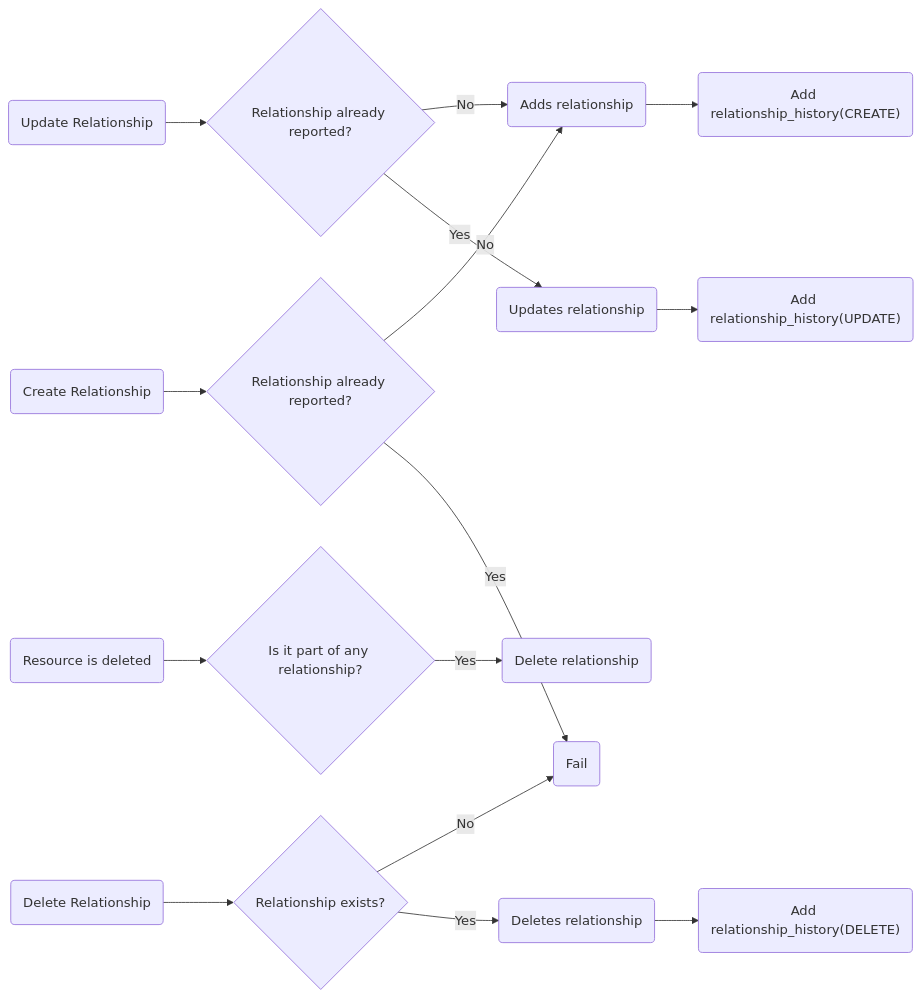
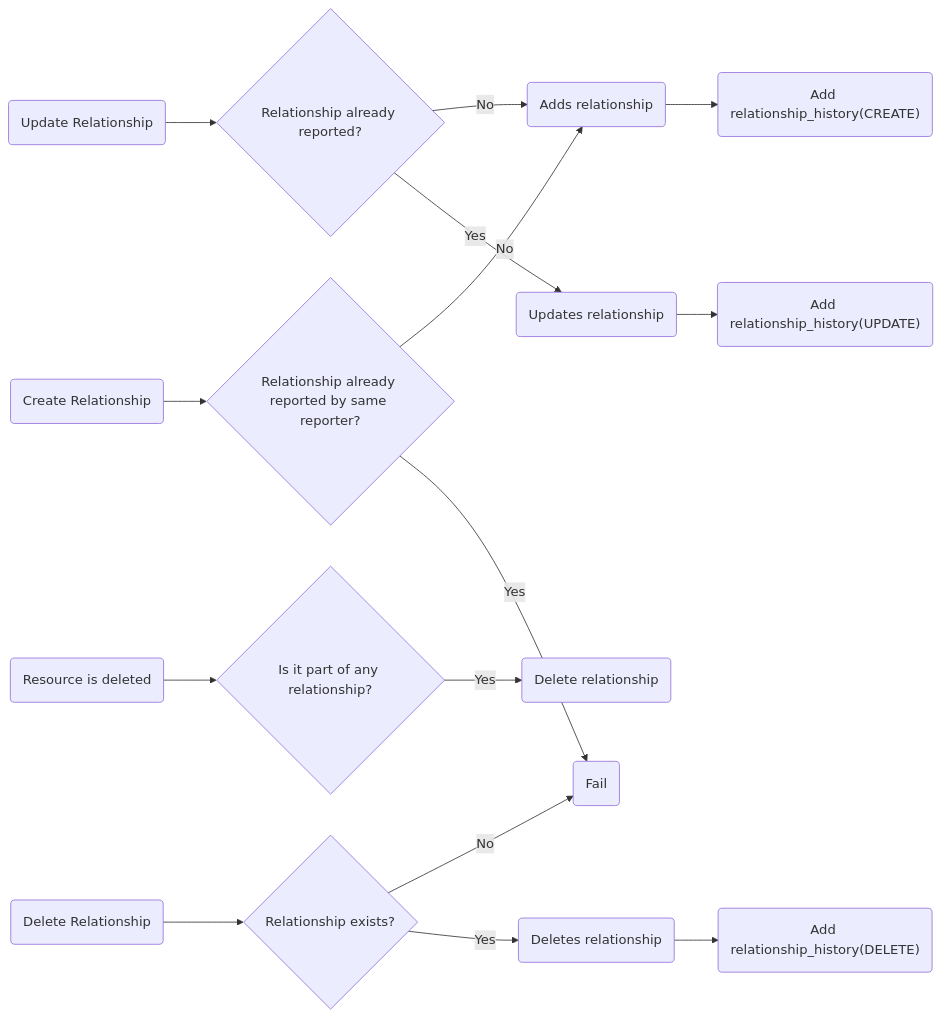
The third of 3 diagrams in src/content/docs/start-here/kessel-inventory.md (project-kessel/docs), drawn with Mermaid before and after one commit. The commit also changed other lines of this file, not shown here.

Commit message:
Update wording to consider reporter in the diagram

````diff
--- a/src/content/docs/start-here/kessel-inventory.md
+++ b/src/content/docs/start-here/kessel-inventory.md
@@ -192,40 +192,40 @@
 ```mermaid
 flowchart LR
 %% Nodes
     CreateRelationship("Create Relationship")
-    CreateRelationshipExists{"Relationship already reported?"}
+    CreateRelationshipExists{"Relationship already reported by same reporter?"}
     CreateRelationshipDo("Adds relationship")
     CreateRelationshipHistory("Add relationship_history(CREATE)")
 
     UpdateRelationship("Update Relationship")
     UpdateRelationshipExists{"Relationship already reported?"}
     UpdateRelationshipDo("Updates relationship")
     UpdateRelationshipHistory("Add relationship_history(UPDATE)")
 
     DeleteRelationship("Delete Relationship")
     DeleteRelationshipExists{"Relationship exists?"}
     DeleteCopyRelationshipDo("Deletes relationship")
     DeleteRelationshipHistory("Add relationship_history(DELETE)")
 
     ResourceIsDeleted("Resource is deleted")
     ResourceIsDeletedExists{"Is it part of any relationship?"}
     ResourceIsDeletedDeleteRelationship("Delete relationship")
 
     Fail("Fail")
 
 %% Links
 
     CreateRelationship --> CreateRelationshipExists
     CreateRelationshipExists -- No --> CreateRelationshipDo --> CreateRelationshipHistory
     CreateRelationshipExists -- Yes --> Fail
 
     UpdateRelationship --> UpdateRelationshipExists
     UpdateRelationshipExists -- No --> CreateRelationshipDo
     UpdateRelationshipExists -- Yes --> UpdateRelationshipDo --> UpdateRelationshipHistory
 
     DeleteRelationship --> DeleteRelationshipExists
     DeleteRelationshipExists -- No --> Fail
     DeleteRelationshipExists -- Yes --> DeleteCopyRelationshipDo --> DeleteRelationshipHistory
 
     ResourceIsDeleted --> ResourceIsDeletedExists -- Yes --> ResourceIsDeletedDeleteRelationship
 ```
````
